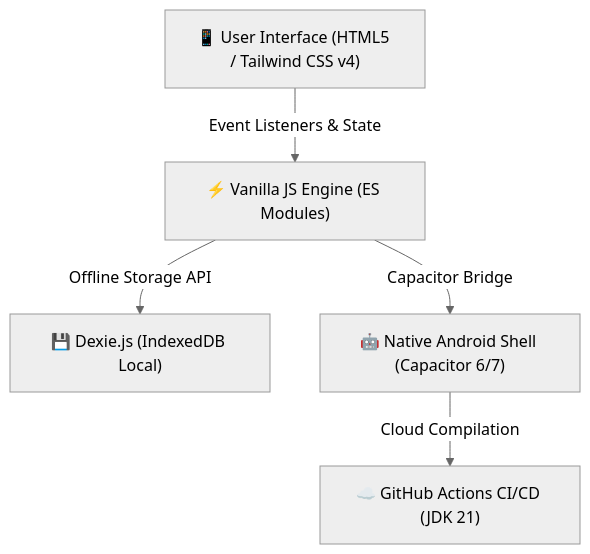
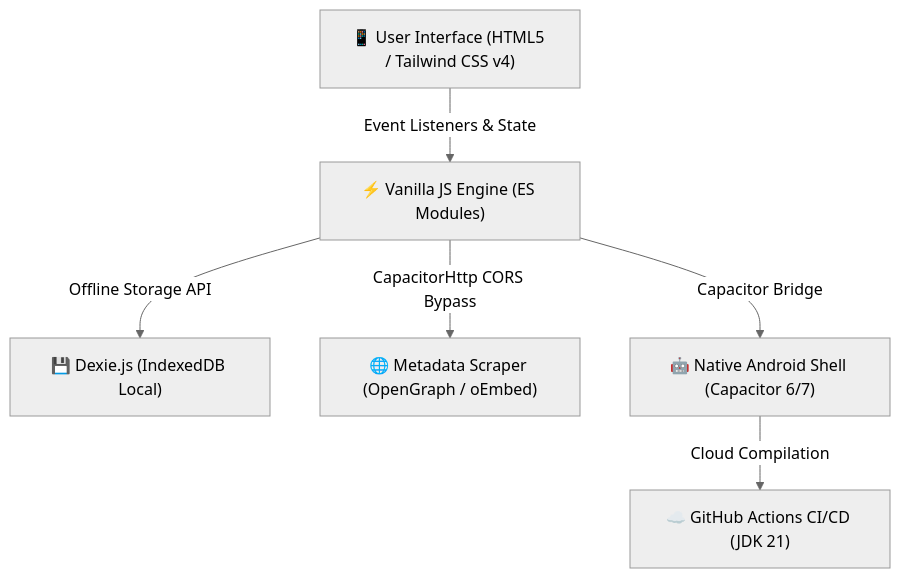
The first of 2 diagrams in README.md (YoriSyahputra/video-vault), drawn with Mermaid (neutral theme) before and after one commit. The commit also changed other lines of this file and 4 other files, not shown here.

Commit message:
feat: add auto-scraper metadata, batch links import wizard from Keep, and fix FAB safe-area clearance

````diff
--- a/README.md
+++ b/README.md
@@ -48,7 +54,8 @@
 ```mermaid
 graph TD
     A["📱 User Interface (HTML5 / Tailwind CSS v4)"] -->|Event Listeners & State| B["⚡ Vanilla JS Engine (ES Modules)"]
     B -->|Offline Storage API| C["💾 Dexie.js (IndexedDB Local)"]
-    B -->|Capacitor Bridge| D["🤖 Native Android Shell (Capacitor 6/7)"]
-    D -->|Cloud Compilation| E["☁️ GitHub Actions CI/CD (JDK 21)"]
+    B -->|CapacitorHttp CORS Bypass| D["🌐 Metadata Scraper (OpenGraph / oEmbed)"]
+    B -->|Capacitor Bridge| E["🤖 Native Android Shell (Capacitor 6/7)"]
+    E -->|Cloud Compilation| F["☁️ GitHub Actions CI/CD (JDK 21)"]
 ```
````
